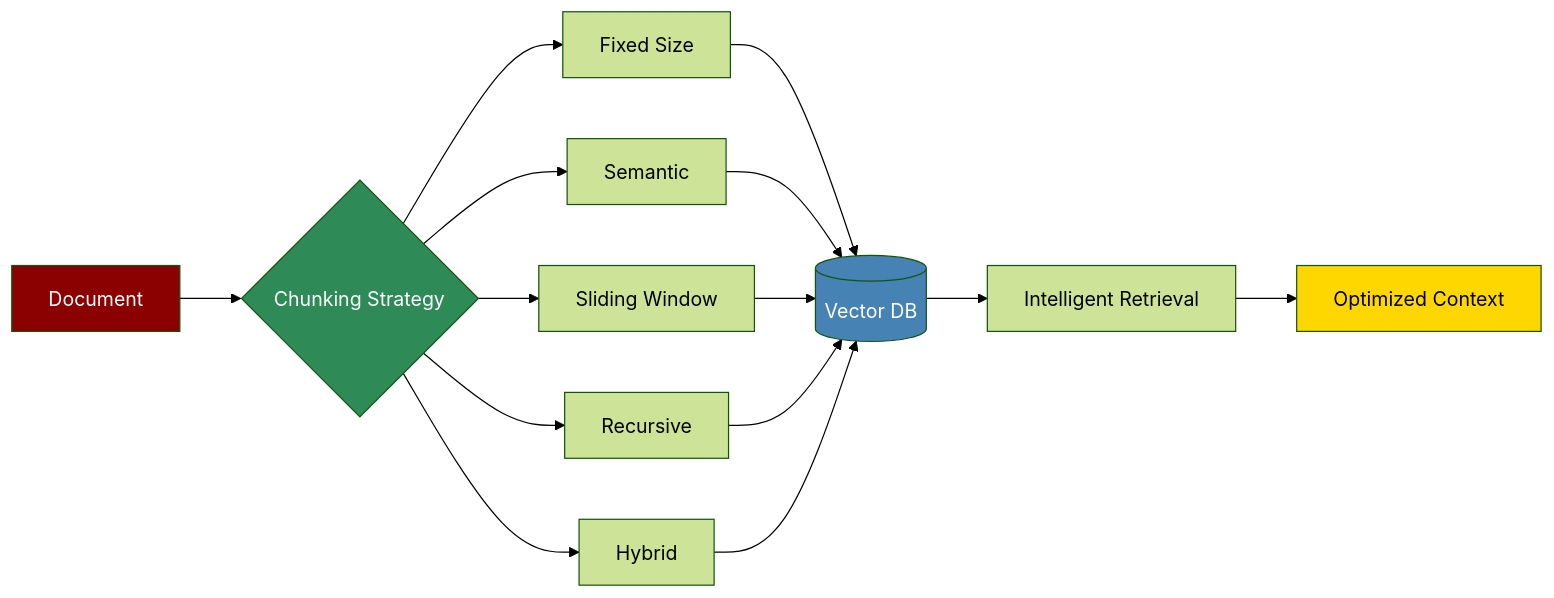
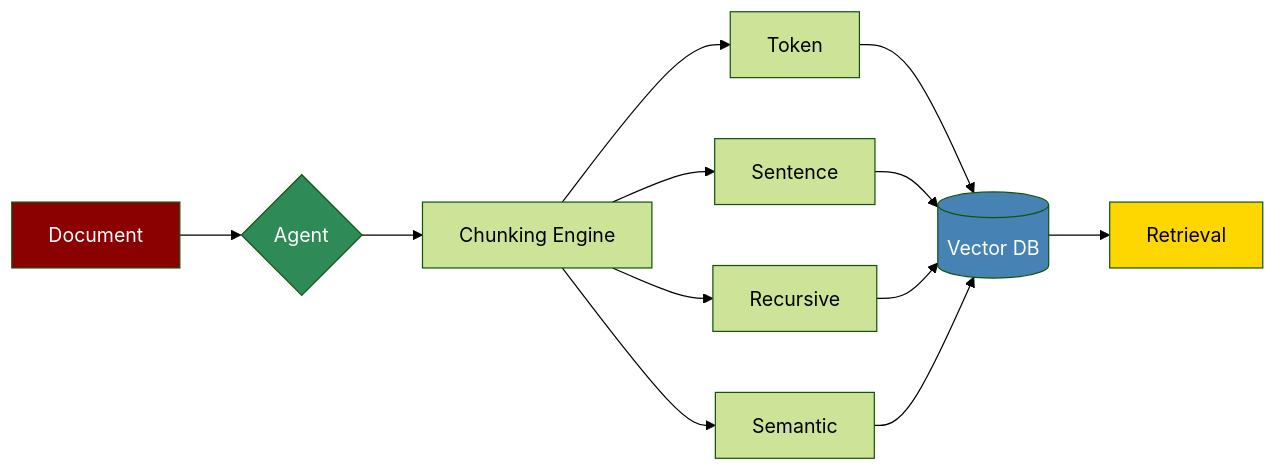
The first of 2 diagrams in docs/features/chunking-strategies.mdx (MervinPraison/PraisonAIDocs), drawn with Mermaid (forest theme) before and after one commit. The commit also changed other lines of this file and 18 other files, not shown here.

Commit message:
docs: refactor RAG chunking strategies into dedicated pages and standardize agent/memory/knowledge API usage

````diff
--- a/docs/features/chunking-strategies.mdx
+++ b/docs/features/chunking-strategies.mdx
@@ -7,23 +7,21 @@
 ```mermaid
 flowchart LR
-    Document[Document] --> Chunker{Chunking Strategy}
-    Chunker --> Fixed[Fixed Size]
+    Document[Document] --> Agent{Agent}
+    Agent --> Chunker[Chunking Engine]
+    Chunker --> Token[Token]
+    Chunker --> Sentence[Sentence]
+    Chunker --> Recursive[Recursive]
     Chunker --> Semantic[Semantic]
-    Chunker --> Sliding[Sliding Window]
-    Chunker --> Recursive[Recursive]
-    Chunker --> Hybrid[Hybrid]
     
-    Fixed --> VectorDB[(Vector DB)]
+    Token --> VectorDB[(Vector DB)]
+    Sentence --> VectorDB
+    Recursive --> VectorDB
     Semantic --> VectorDB
-    Sliding --> VectorDB
-    Recursive --> VectorDB
-    Hybrid --> VectorDB
     
-    VectorDB --> Retrieval[Intelligent Retrieval]
-    Retrieval --> Context[Optimized Context]
+    VectorDB --> Retrieval[Retrieval]
 
     style Document fill:#8B0000,color:#fff
-    style Chunker fill:#2E8B57,color:#fff
+    style Agent fill:#2E8B57,color:#fff
     style VectorDB fill:#4682B4,color:#fff
-    style Context fill:#FFD700,color:#000
+    style Retrieval fill:#FFD700,color:#000
 ```
````
